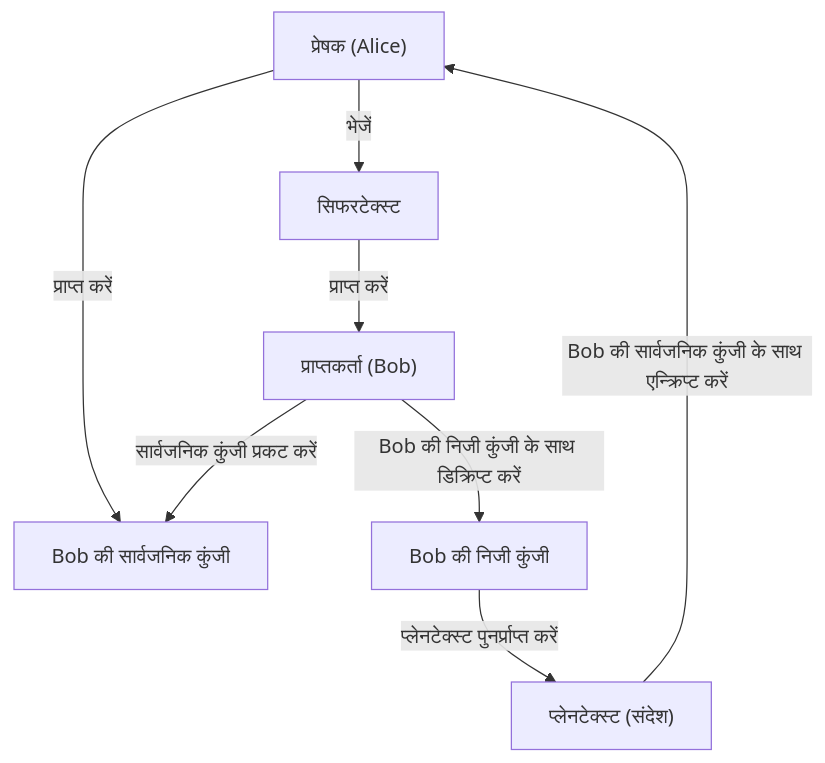
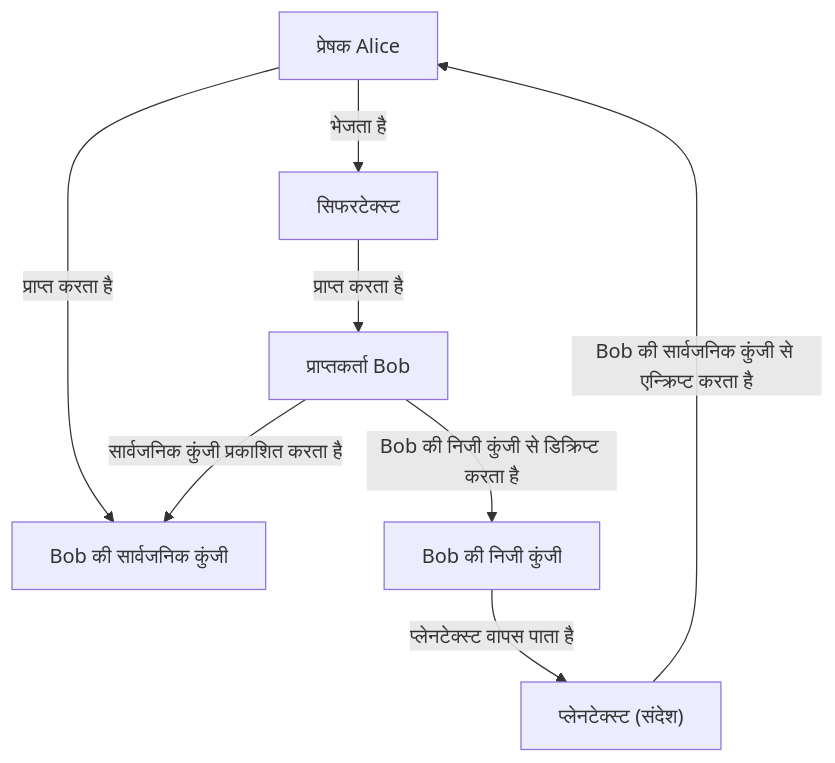
Before and after one commit to kenjinote/blog: the first of 3 diagrams in content/post/modern-cryptography-public-key-hash-signature/index.hi.md, drawn with Mermaid. The commit also changed other lines of this file and 5 other files, not shown here.

````diff
--- a/content/post/modern-cryptography-public-key-hash-signature/index.hi.md
+++ b/content/post/modern-cryptography-public-key-hash-signature/index.hi.md
@@ -37,17 +36,16 @@
 ```mermaid
 graph TD
-    A["प्रेषक (Alice)"]
-    B["प्राप्तकर्ता (Bob)"]
+    A["प्रेषक Alice"]
+    B["प्राप्तकर्ता Bob"]
     K_Pub["Bob की सार्वजनिक कुंजी"]
     K_Priv["Bob की निजी कुंजी"]
     P["प्लेनटेक्स्ट (संदेश)"]
     C["सिफरटेक्स्ट"]
-
-    B -->|"सार्वजनिक कुंजी प्रकट करें"| K_Pub
-    A -->|"प्राप्त करें"| K_Pub
-    P -->|"Bob की सार्वजनिक कुंजी के साथ एन्क्रिप्ट करें"| A
-    A -->|"भेजें"| C
-    C -->|"प्राप्त करें"| B
-    B -->|"Bob की निजी कुंजी के साथ डिक्रिप्ट करें"| K_Priv
-    K_Priv -->|"प्लेनटेक्स्ट पुनर्प्राप्त करें"| P
+    B -->|"सार्वजनिक कुंजी प्रकाशित करता है"| K_Pub
+    A -->|"प्राप्त करता है"| K_Pub
+    P -->|"Bob की सार्वजनिक कुंजी से एन्क्रिप्ट करता है"| A
+    A -->|"भेजता है"| C
+    C -->|"प्राप्त करता है"| B
+    B -->|"Bob की निजी कुंजी से डिक्रिप्ट करता है"| K_Priv
+    K_Priv -->|"प्लेनटेक्स्ट वापस पाता है"| P
 ```
````
